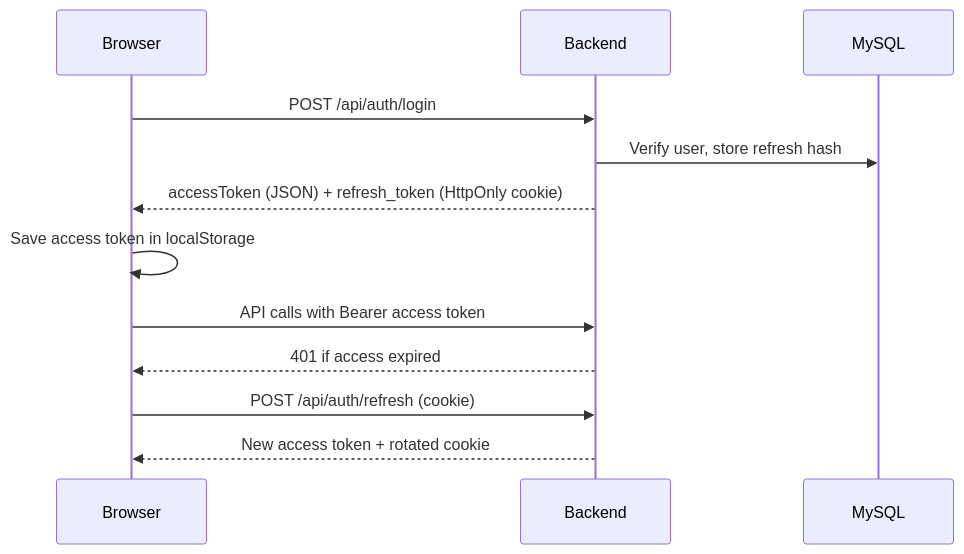
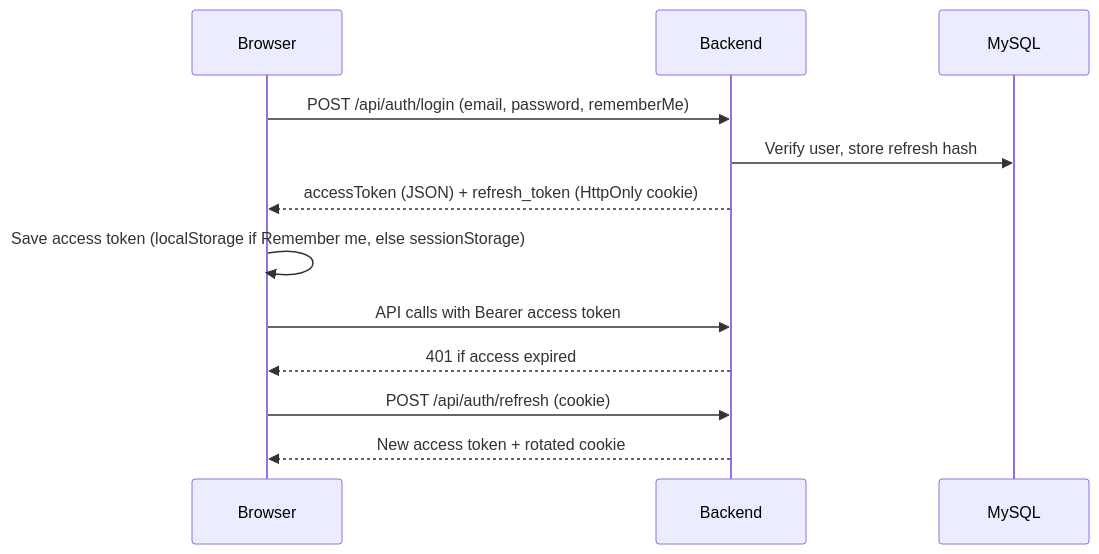
The second of 2 diagrams in docs/architecture.md (eid-12/Mawrid-Web), drawn with Mermaid before and after one commit. The commit also changed 12 other files, not shown here.

Commit message:
Make Remember me persist or drop the session independently.

````diff
--- a/docs/architecture.md
+++ b/docs/architecture.md
@@ -48,15 +48,15 @@
 ```mermaid
 sequenceDiagram
   participant B as Browser
   participant API as Backend
   participant DB as MySQL
 
-  B->>API: POST /api/auth/login
+  B->>API: POST /api/auth/login (email, password, rememberMe)
   API->>DB: Verify user, store refresh hash
   API-->>B: accessToken (JSON) + refresh_token (HttpOnly cookie)
-  B->>B: Save access token in localStorage
+  B->>B: Save access token (localStorage if Remember me, else sessionStorage)
   B->>API: API calls with Bearer access token
   API-->>B: 401 if access expired
   B->>API: POST /api/auth/refresh (cookie)
   API-->>B: New access token + rotated cookie
 ```
````
